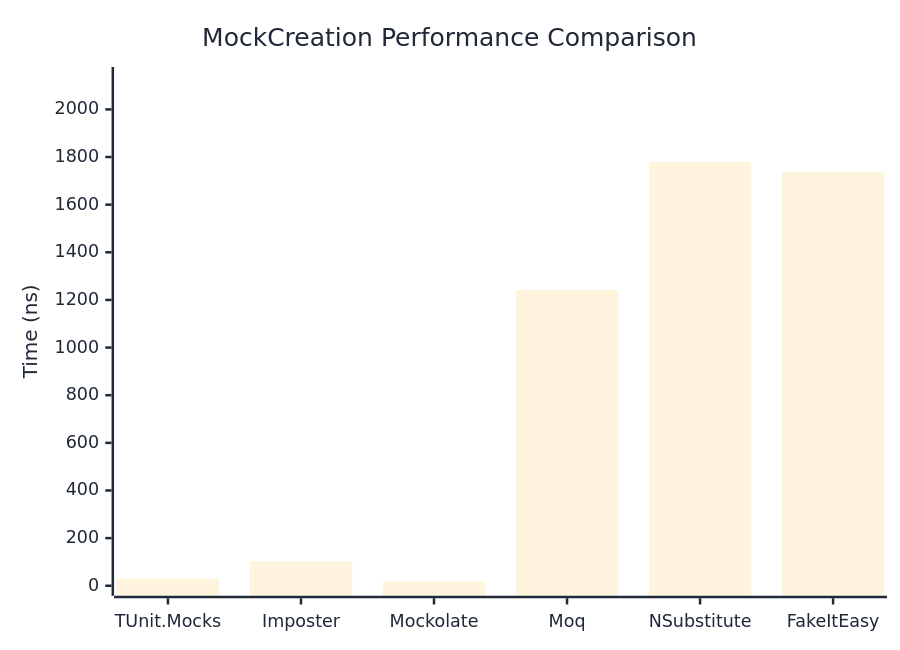
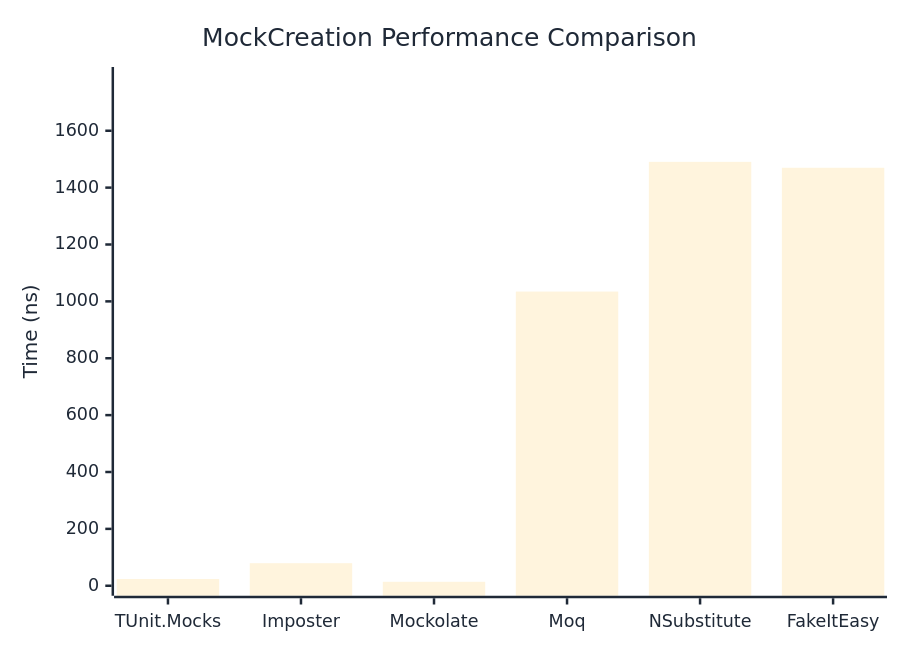
The first of 2 diagrams in docs/docs/benchmarks/mocks/MockCreation.md (thomhurst/TUnit), drawn with Mermaid before and after one commit. The commit also changed other lines of this file and 14 other files, not shown here.

````diff
--- a/docs/docs/benchmarks/mocks/MockCreation.md
+++ b/docs/docs/benchmarks/mocks/MockCreation.md
@@ -30,27 +30,27 @@
 ```mermaid
 %%{init: {
   'theme':'base',
   'themeVariables': {
     'primaryColor': '#2563eb',
     'primaryTextColor': '#1f2937',
     'primaryBorderColor': '#1e40af',
     'lineColor': '#6b7280',
     'secondaryColor': '#7c3aed',
     'tertiaryColor': '#dc2626',
     'background': '#ffffff',
     'pie1': '#2563eb',
     'pie2': '#7c3aed',
     'pie3': '#dc2626',
     'pie4': '#f59e0b',
     'pie5': '#10b981',
     'pie6': '#06b6d4',
     'pie7': '#ec4899',
     'pie8': '#6366f1'
   }
 }}%%
 xychart-beta
   title "MockCreation Performance Comparison"
   x-axis ["TUnit.Mocks", "Imposter", "Mockolate", "Moq", "NSubstitute", "FakeItEasy"]
-  y-axis "Time (ns)" 0 --> 2136
-  bar [30.15, 102.27, 18.79, 1241.83, 1779.47, 1737.66]
+  y-axis "Time (ns)" 0 --> 1789
+  bar [23.81, 79.31, 13.96, 1034.52, 1490.67, 1469.84]
 ```
````
